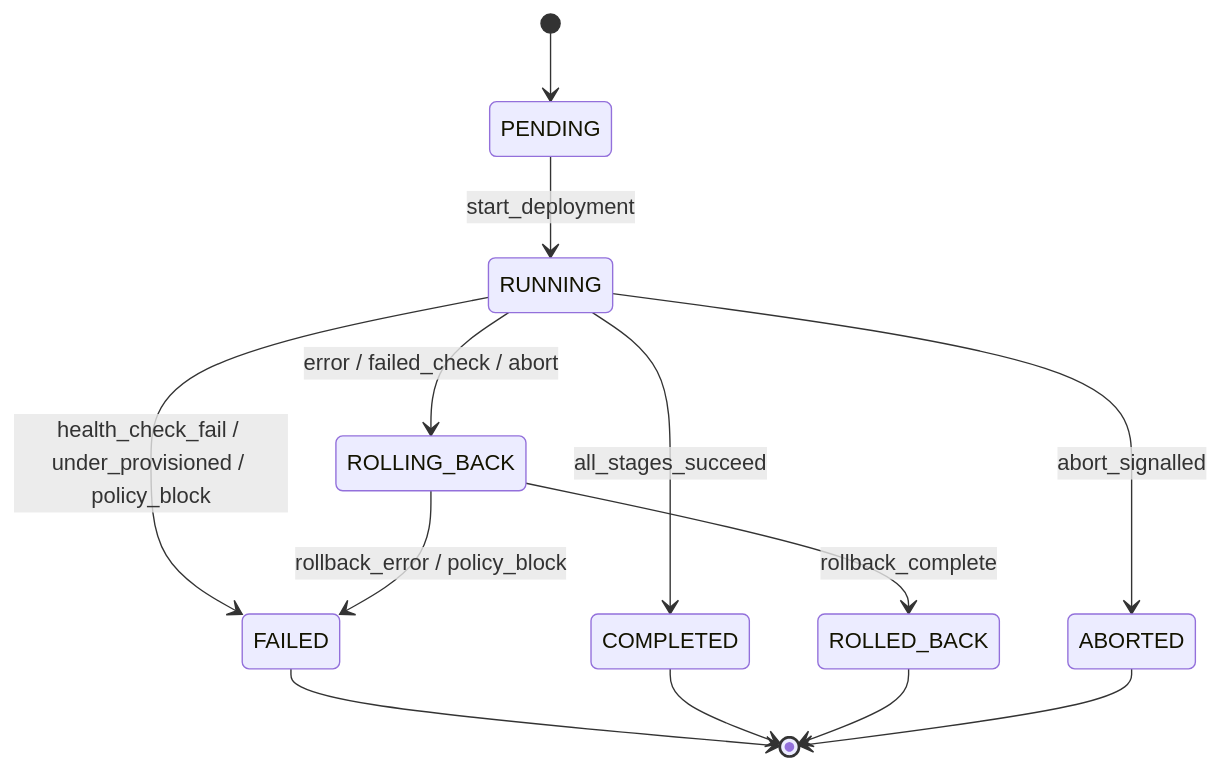
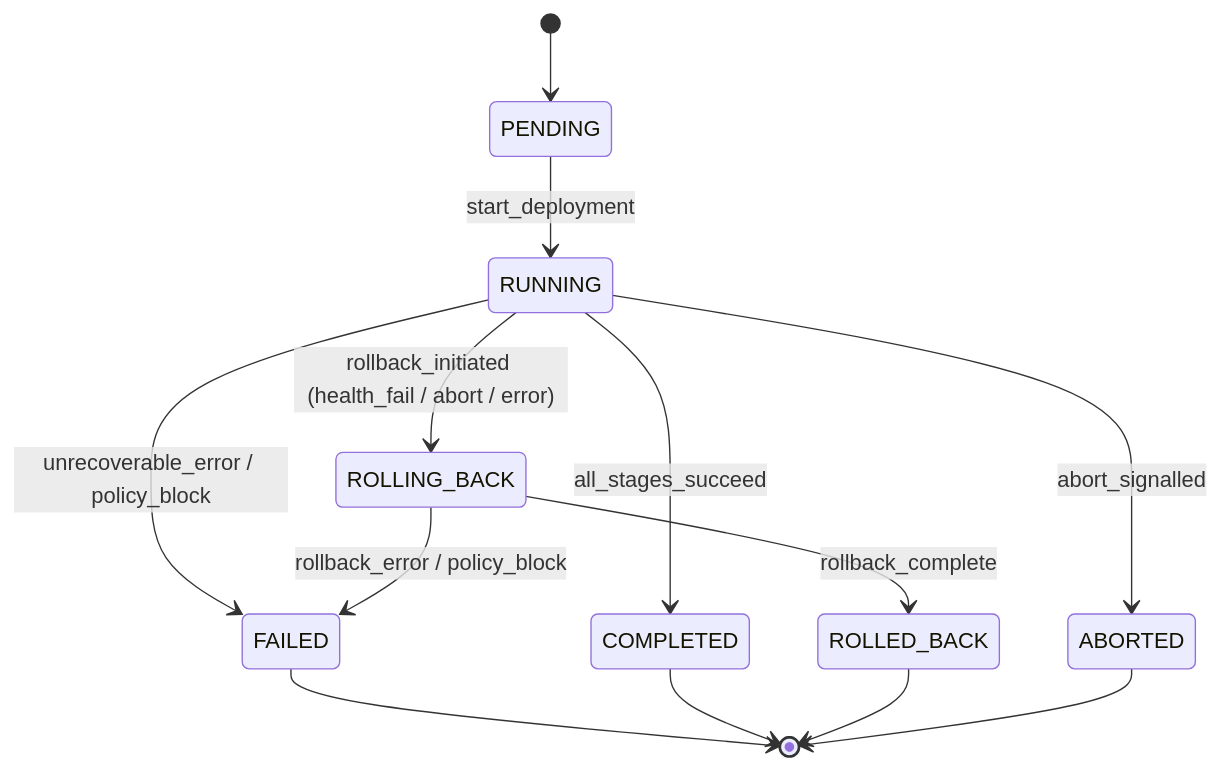
The first of 7 diagrams in README.md (aliakarma/bootcamp-2026-canary-deployment), drawn with Mermaid before and after one commit. The commit also changed other lines of this file and 2 other files, not shown here.

````diff
--- a/README.md
+++ b/README.md
@@ -33,15 +33,15 @@
 ```mermaid
 stateDiagram-v2
     [*] --> PENDING
     PENDING --> RUNNING : start_deployment
     RUNNING --> COMPLETED : all_stages_succeed
     RUNNING --> ABORTED : abort_signalled
-    RUNNING --> FAILED : health_check_fail / under_provisioned / policy_block
-    RUNNING --> ROLLING_BACK : error / failed_check / abort
+    RUNNING --> FAILED : unrecoverable_error / policy_block
+    RUNNING --> ROLLING_BACK : rollback_initiated (health_fail / abort / error)
     ROLLING_BACK --> ROLLED_BACK : rollback_complete
     ROLLING_BACK --> FAILED : rollback_error / policy_block
     FAILED --> [*]
     COMPLETED --> [*]
     ROLLED_BACK --> [*]
     ABORTED --> [*]
 ```
````
